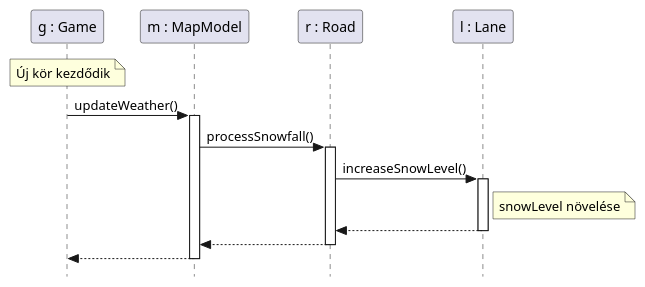
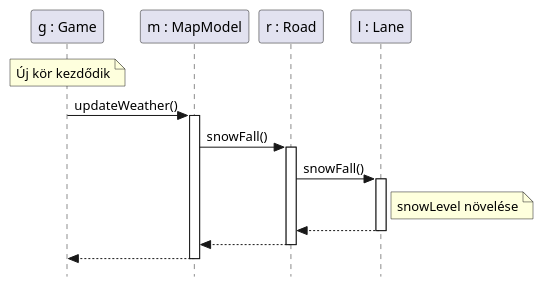
Before and after one commit to toth-andor/UneNotteANapoli: the diagram in docs/diagrams/08UC.puml, drawn with PlantUML. The commit also changed 25 other files, not shown here.

Commit message:
update sequence diagrams

```diff
--- a/docs/diagrams/08UC.puml
+++ b/docs/diagrams/08UC.puml
@@ -1,23 +1,23 @@
 @startuml
 skinparam style strictuml
 
 participant "g : Game" as G
 participant "m : MapModel" as M
 participant "r : Road" as R
 participant "l : Lane" as L
 
 note over G: Új kör kezdődik
 G -> M : updateWeather()
 activate M
-    M -> R : processSnowfall()
+    M -> R : snowFall()
     activate R
-        R -> L : increaseSnowLevel()
+        R -> L : snowFall()
         activate L
         note right of L: snowLevel növelése
         L --> R
         deactivate L
     R --> M
     deactivate R
 M --> G
 deactivate M
 @enduml
```
